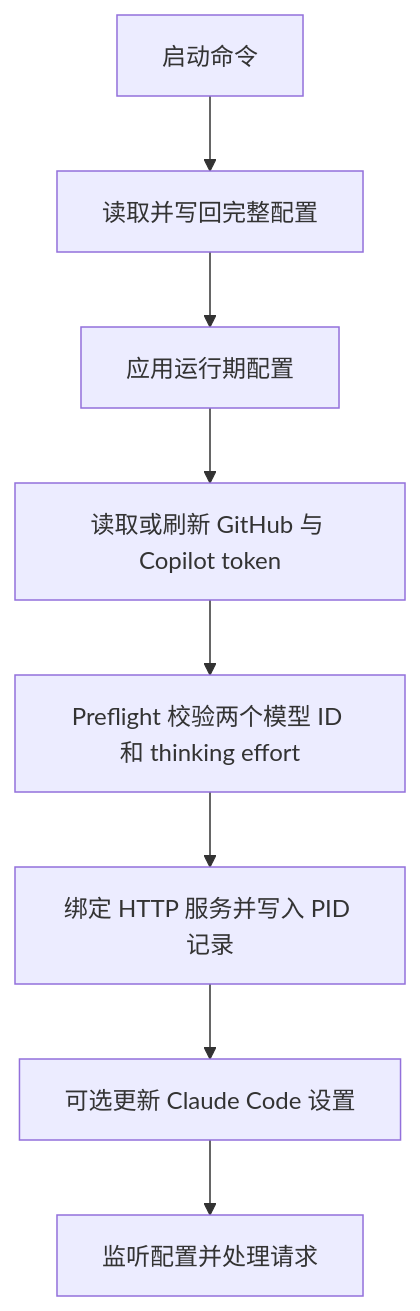
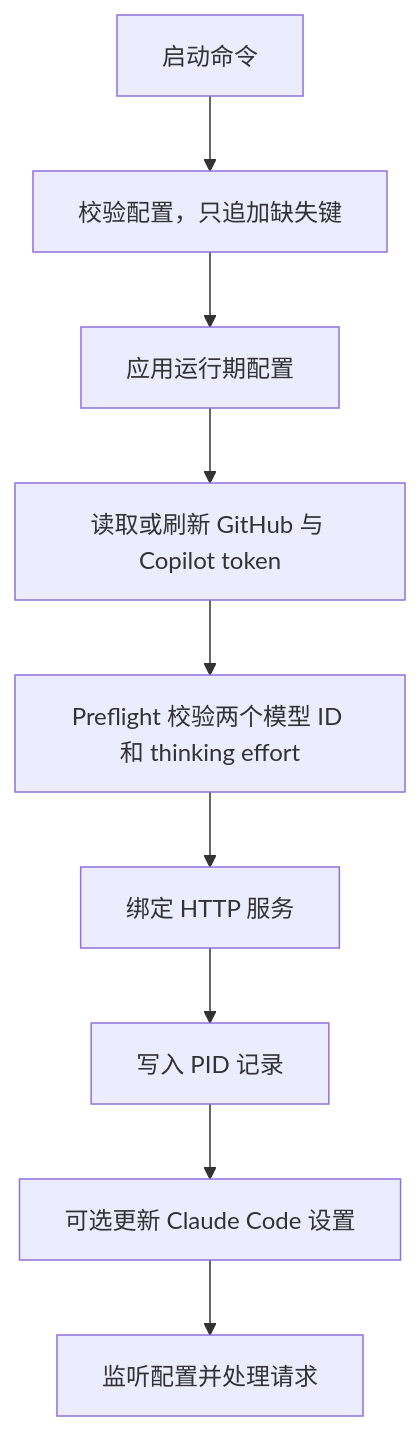
One commit to D0n9X1n/copilot-relay changed the third of 4 diagrams in wiki/ZH-Architecture.md. Above: the diagram before and after it, drawn with Mermaid. The commit also changed other lines of this file and 88 other files, not shown here.

````diff
--- a/wiki/ZH-Architecture.md
+++ b/wiki/ZH-Architecture.md
@@ -122,10 +169,11 @@
 ```mermaid
 flowchart TD
-    A[启动命令] --> B[读取并写回完整配置]
+    A[启动命令] --> B[校验配置，只追加缺失键]
     B --> C[应用运行期配置]
     C --> D[读取或刷新 GitHub 与 Copilot token]
     D --> E[Preflight 校验两个模型 ID 和 thinking effort]
-    E --> F[绑定 HTTP 服务并写入 PID 记录]
-    F --> G[可选更新 Claude Code 设置]
-    G --> H[监听配置并处理请求]
+    E --> F[绑定 HTTP 服务]
+    F --> G[写入 PID 记录]
+    G --> H[可选更新 Claude Code 设置]
+    H --> I[监听配置并处理请求]
 ```
````
